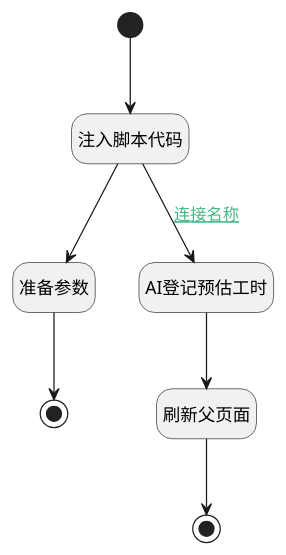
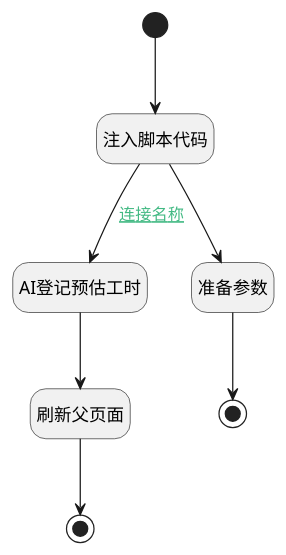
Before and after one commit to iBizLab/plm: the diagram in doc/docsify/module/Base/workload/uilogic/ai_estimated.md, drawn with PlantUML. The commit also changed other lines of this file and 2903 other files, not shown here.

````diff
--- a/doc/docsify/module/Base/workload/uilogic/ai_estimated.md
+++ b/doc/docsify/module/Base/workload/uilogic/ai_estimated.md
@@ -7,29 +7,29 @@
 ```plantuml
 @startuml
 hide footbox
 <style>
 root {
   HyperlinkColor #42b983
 }
 </style>
 
 hide empty description
 state "开始" as Begin <<start>> [[$./ai_estimated#begin {开始}]]
+state "刷新父页面" as RAWJSCODE_02  [[$./ai_estimated#rawjscode_02 {刷新父页面}]]
+state "结束" as END_01 <<end>> [[$./ai_estimated#end_01 {结束}]]
+state "注入脚本代码" as RAWJSCODE4  [[$./ai_estimated#rawjscode4 {注入脚本代码}]]
+state "AI登记预估工时" as DEACTION_01  [[$./ai_estimated#deaction_01 {AI登记预估工时}]]
+state "准备参数" as PREPAREJSPARAM_01  [[$./ai_estimated#preparejsparam_01 {准备参数}]]
 state "结束" as END_02 <<end>> [[$./ai_estimated#end_02 {结束}]]
-state "结束" as END_01 <<end>> [[$./ai_estimated#end_01 {结束}]]
-state "准备参数" as PREPAREJSPARAM_01  [[$./ai_estimated#preparejsparam_01 {准备参数}]]
-state "AI登记预估工时" as DEACTION_01  [[$./ai_estimated#deaction_01 {AI登记预估工时}]]
-state "注入脚本代码" as RAWJSCODE4  [[$./ai_estimated#rawjscode4 {注入脚本代码}]]
-state "刷新父页面" as RAWJSCODE_02  [[$./ai_estimated#rawjscode_02 {刷新父页面}]]
 
 
 Begin --> RAWJSCODE4
 RAWJSCODE4 --> DEACTION_01 : [[$./ai_estimated#rawjscode4-deaction_01{连接名称} 连接名称]]
 DEACTION_01 --> RAWJSCODE_02
 RAWJSCODE_02 --> END_01
 RAWJSCODE4 --> PREPAREJSPARAM_01
 PREPAREJSPARAM_01 --> END_02
 
 
 @enduml
 ```
````
